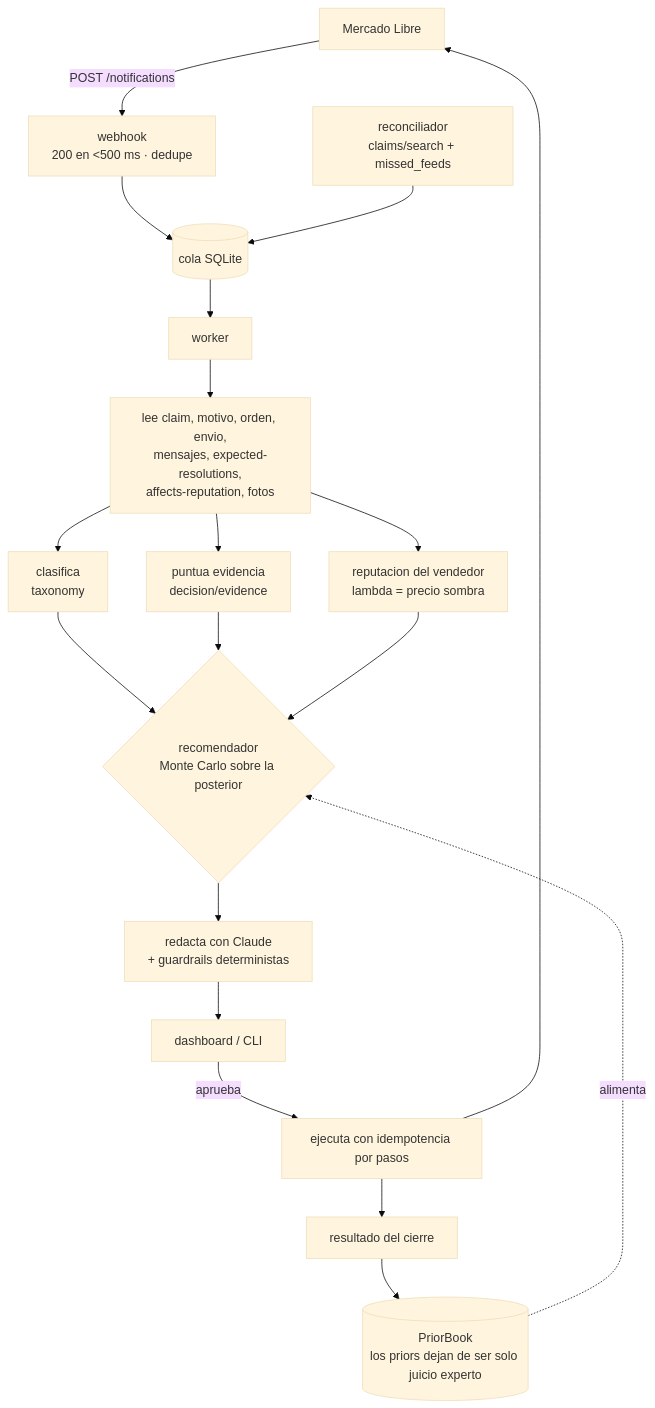
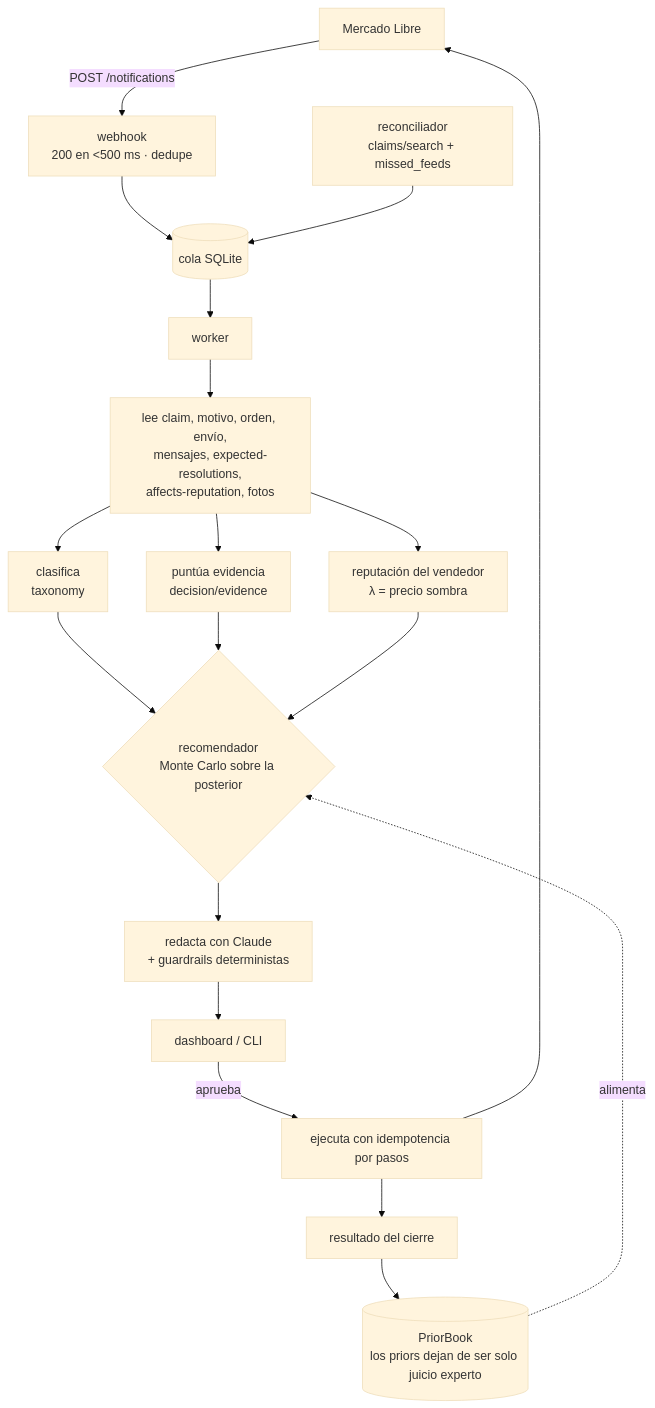
Before and after one commit to christianvadillo/copiloto-reclamos: the diagram in README.md, drawn with Mermaid (base theme). The commit also changed 1 other file, not shown here.

Commit message:
docs: keep accents and lambda in the flow diagram

````diff
--- a/README.md
+++ b/README.md
@@ -73,21 +73,21 @@
 ```mermaid
 flowchart TD
     ML[Mercado Libre] -->|POST /notifications| WH[webhook<br/>200 en &lt;500 ms · dedupe]
     WH --> Q[(cola SQLite)]
     REC[reconciliador<br/>claims/search + missed_feeds] --> Q
     Q --> W[worker]
-    W --> CTX[lee claim, motivo, orden, envio,<br/>mensajes, expected-resolutions,<br/>affects-reputation, fotos]
+    W --> CTX[lee claim, motivo, orden, envío,<br/>mensajes, expected-resolutions,<br/>affects-reputation, fotos]
     CTX --> CLS[clasifica<br/>taxonomy]
-    CTX --> EV[puntua evidencia<br/>decision/evidence]
-    CTX --> REP["reputacion del vendedor<br/>lambda = precio sombra"]
+    CTX --> EV[puntúa evidencia<br/>decision/evidence]
+    CTX --> REP["reputación del vendedor<br/>λ = precio sombra"]
     CLS --> DEC{recomendador<br/>Monte Carlo sobre la posterior}
     EV --> DEC
     REP --> DEC
     DEC --> DR[redacta con Claude<br/>+ guardrails deterministas]
     DR --> UI[dashboard / CLI]
     UI -->|aprueba| EX[ejecuta con idempotencia por pasos]
     EX --> ML
     EX --> OUT[resultado del cierre]
     OUT --> PB[(PriorBook<br/>los priors dejan de ser solo juicio experto)]
     PB -.alimenta.-> DEC
 ```
````
